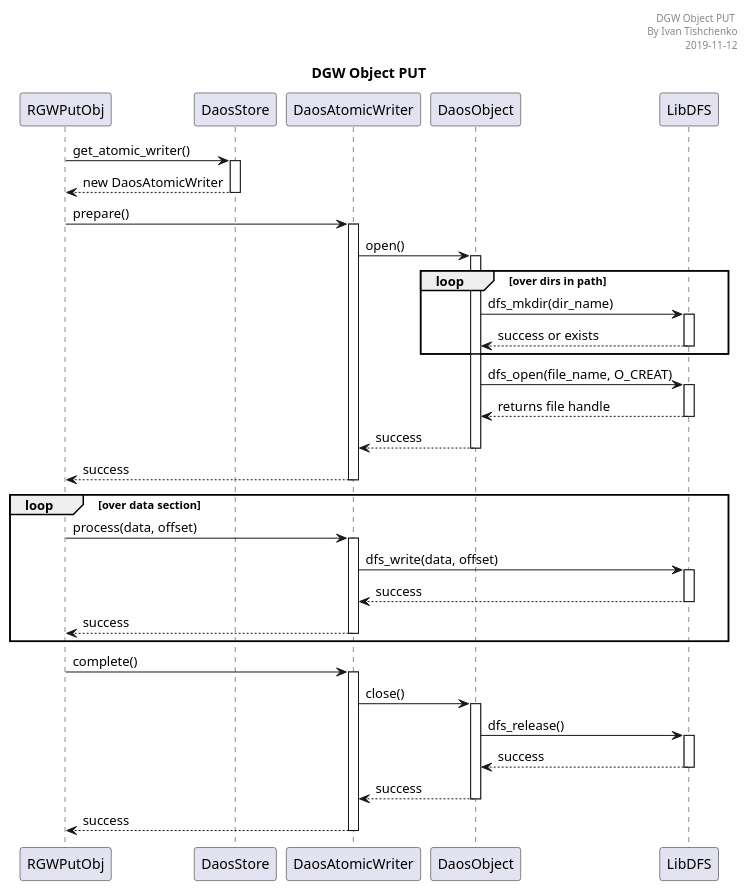
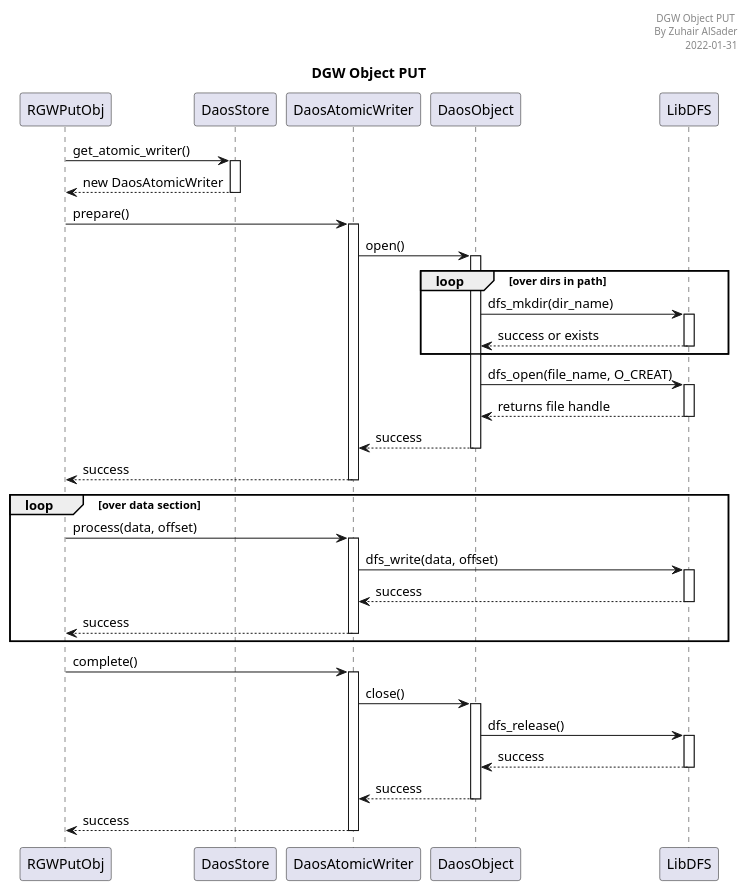
Before and after one commit to zalsader/DGW-ops: the diagram in DGW_Object_PUT.plantuml, drawn with PlantUML.

```diff
--- a/DGW_Object_PUT.plantuml
+++ b/DGW_Object_PUT.plantuml
@@ -1,46 +1,46 @@
 @startuml
 
-header DGW Object PUT \n By Ivan Tishchenko\n2019-11-12
+header DGW Object PUT \n By Zuhair AlSader\n2022-01-31
 title DGW Object PUT
 
 participant "RGWPutObj" as rgw
 participant "DaosStore" as store
 participant "DaosAtomicWriter" as writer
 participant "DaosObject" as object
 participant "LibDFS" as libdfs
 
 autoactivate on
 
 rgw -> store: get_atomic_writer()
 store --> rgw: new DaosAtomicWriter
 
 
 rgw -> writer: prepare()
 writer -> object: open()
 
 loop over dirs in path
   object -> libdfs: dfs_mkdir(dir_name)
   libdfs --> object: success or exists
 end
 
 object -> libdfs: dfs_open(file_name, O_CREAT)
 libdfs --> object: returns file handle
 
 object --> writer: success
 writer --> rgw: success
 
 loop over data section
   rgw -> writer: process(data, offset)
   writer-> libdfs: dfs_write(data, offset)
   libdfs --> writer: success
   writer --> rgw: success
 end
 
 rgw -> writer: complete()
 writer -> object: close()
 object -> libdfs: dfs_release()
 libdfs --> object: success
 object --> writer: success
 writer --> rgw: success
 
 @enduml
```
